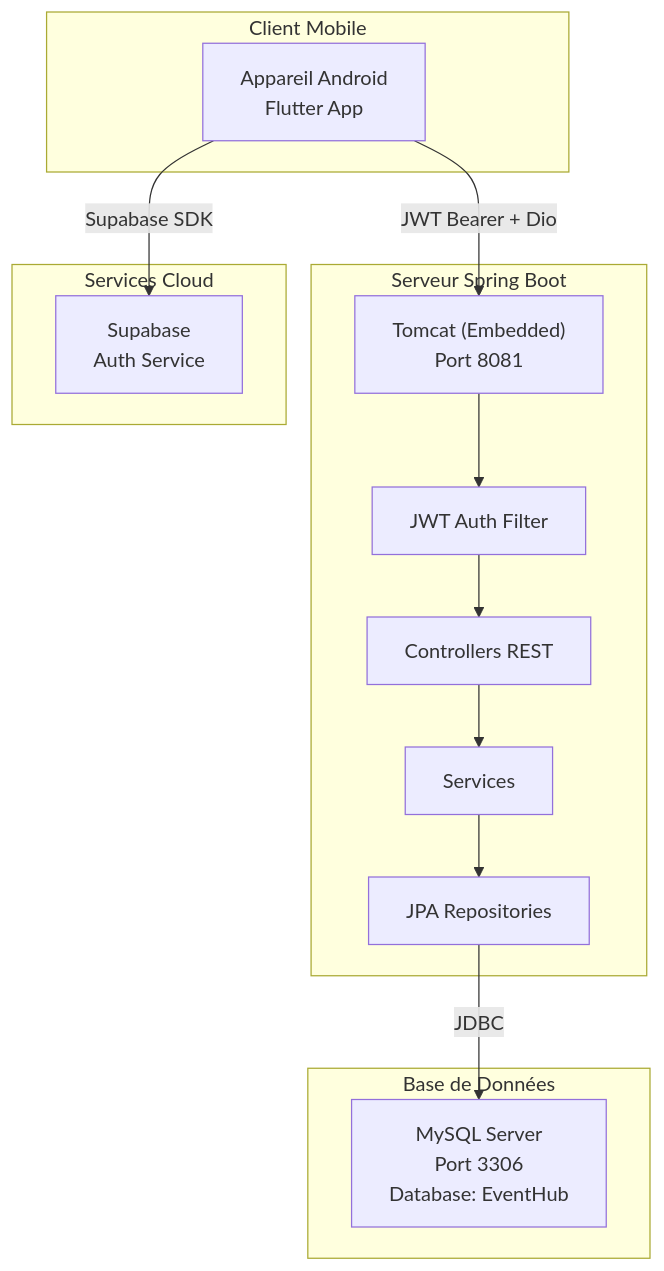
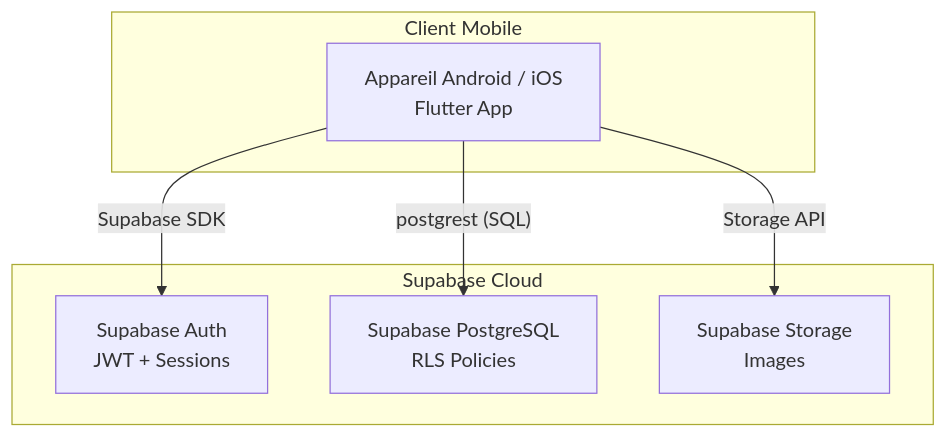
Before and after one commit to 24231-Brahim/pi-eventhub: the ninth of 13 diagrams in FICHE_EXTRACTION_EVENTHUB.md, drawn with Mermaid. The commit also changed other lines of this file and 36 other files, not shown here.

````diff
--- a/FICHE_EXTRACTION_EVENTHUB.md
+++ b/FICHE_EXTRACTION_EVENTHUB.md
@@ -1110,30 +777,16 @@
 ```mermaid
 graph TB
     subgraph "Client Mobile"
-        A["Appareil Android<br/>Flutter App"]
+        A["Appareil Android / iOS<br/>Flutter App"]
     end
 
-    subgraph "Serveur Spring Boot"
-        B["Tomcat (Embedded)<br/>Port 8081"]
-        C["JWT Auth Filter"]
-        D["Controllers REST"]
-        E["Services"]
-        F["JPA Repositories"]
+    subgraph "Supabase Cloud"
+        B["Supabase Auth<br/>JWT + Sessions"]
+        C["Supabase PostgreSQL<br/>RLS Policies"]
+        D["Supabase Storage<br/>Images"]
     end
 
-    subgraph "Base de Données"
-        G["MySQL Server<br/>Port 3306<br/>Database: EventHub"]
-    end
-
-    subgraph "Services Cloud"
-        H["Supabase<br/>Auth Service"]
-    end
-
-    A -->|"JWT Bearer + Dio"| B
-    A -->|"Supabase SDK"| H
-    B --> C
-    C --> D
-    D --> E
-    E --> F
-    F -->|"JDBC"| G
+    A -->|"Supabase SDK"| B
+    A -->|"postgrest (SQL)"| C
+    A -->|"Storage API"| D
 ```
````
